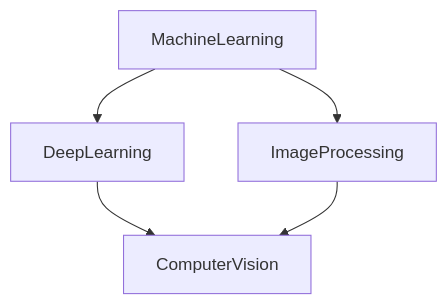
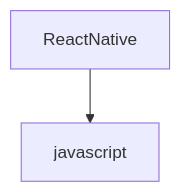
The diagram in README.md (ahmedovich19/ahmedovich19), drawn with Mermaid before and after one commit.

Commit message:
Modify learning section in README
Updated learning graph to include React Native.

````diff
--- a/README.md
+++ b/README.md
@@ -16,8 +16,6 @@
 ```mermaid
 graph TD;
-    MachineLearning--> DeepLearning ;
-    MachineLearning--> ImageProcessing ;
-    DeepLearning--> ComputerVision ;
-    ImageProcessing--> ComputerVision ;
+    ReactNative--> javascript ;
+  
 
 ```
````
